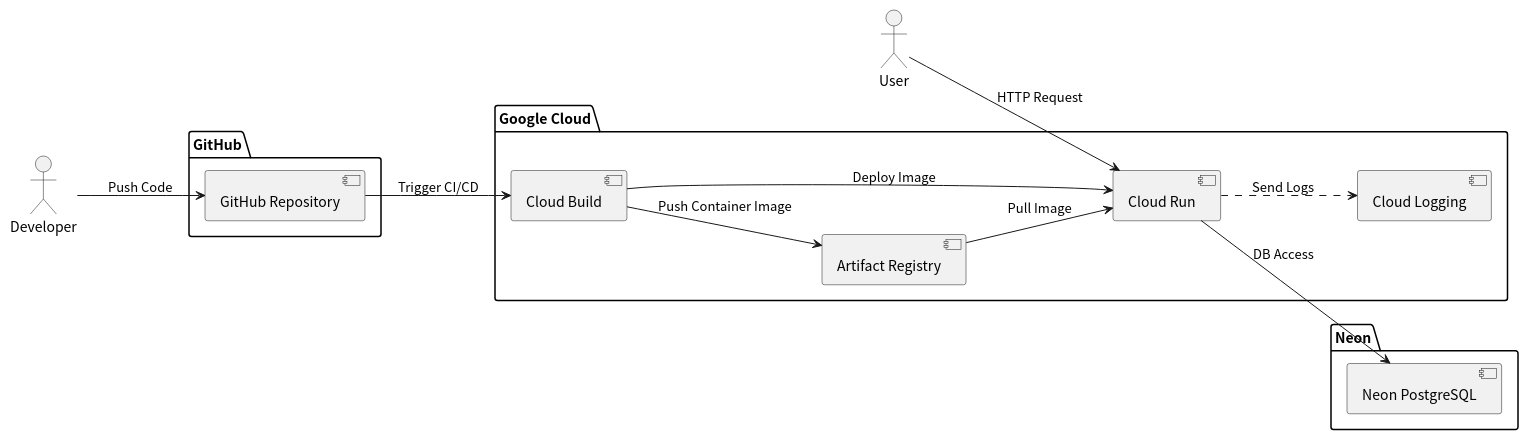
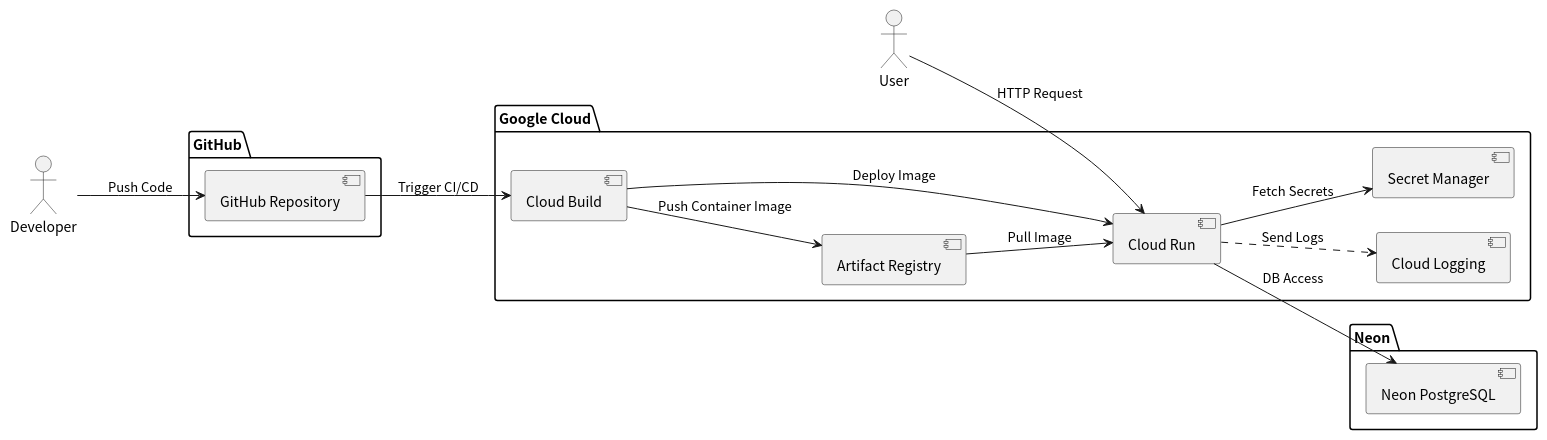
The diagram in docs/system_architecture/system_architecture.pu (tomoki-shiozaki/distributed-library), drawn with PlantUML before and after one commit. The commit also changed 1 other file, not shown here.

Commit message:
docs(system architecture): add Secret Manager to diagram

```diff
--- a/docs/system_architecture/system_architecture.pu
+++ b/docs/system_architecture/system_architecture.pu
@@ -1,36 +1,41 @@
 @startuml system_architecture
 skinparam defaultFontName "Noto Sans CJK JP"
 left to right direction
 
 
 actor User
 actor Developer
 
 package "GitHub" {
   component "GitHub Repository" as GitHubRepo
 }
 
 package "Google Cloud" {
   component "Cloud Build" as CloudBuild
   component "Artifact Registry" as ArtifactRegistry
   component "Cloud Run" as CloudRun
   component "Cloud Logging" as Logging
+  component "Secret Manager" as SecretManager
 }
 
 package "Neon" {
   component "Neon PostgreSQL" as NeonPostgreSQL
 }
 
 ' 開発からデプロイ
 Developer --> GitHubRepo : Push Code
 GitHubRepo --> CloudBuild : Trigger CI/CD
 CloudBuild --> ArtifactRegistry : Push Container Image
 CloudBuild --> CloudRun : Deploy Image
 ArtifactRegistry --> CloudRun : Pull Image
 
+' シークレット管理
+CloudRun --> SecretManager : Fetch Secrets
+
+
 ' アプリ実行
 User --> CloudRun : HTTP Request
 CloudRun --> NeonPostgreSQL : DB Access
 CloudRun ..> Logging : Send Logs
 
 @enduml
```
